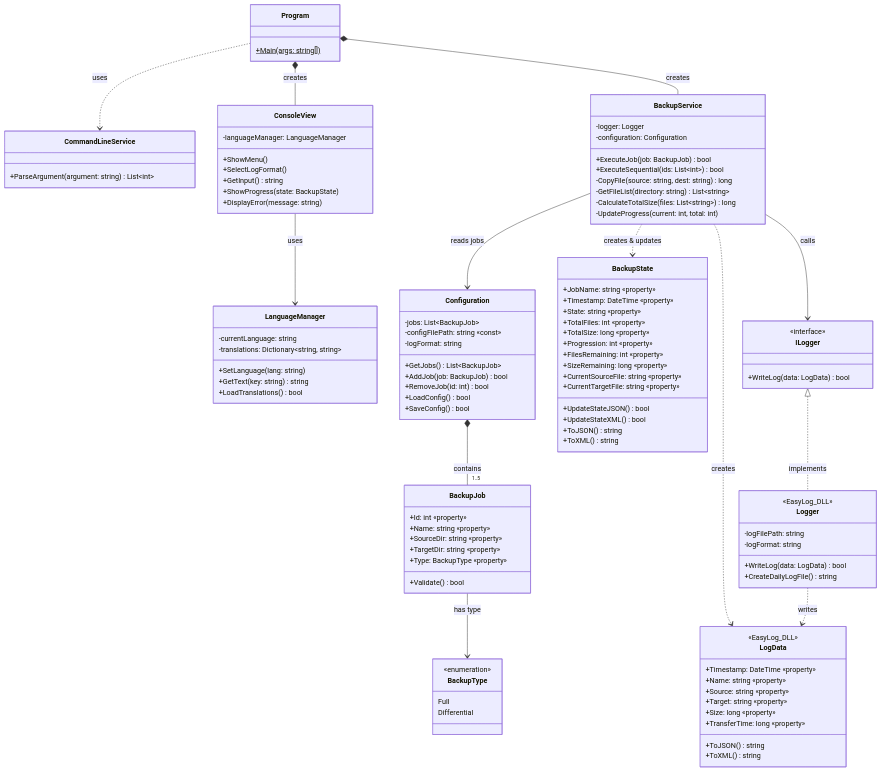
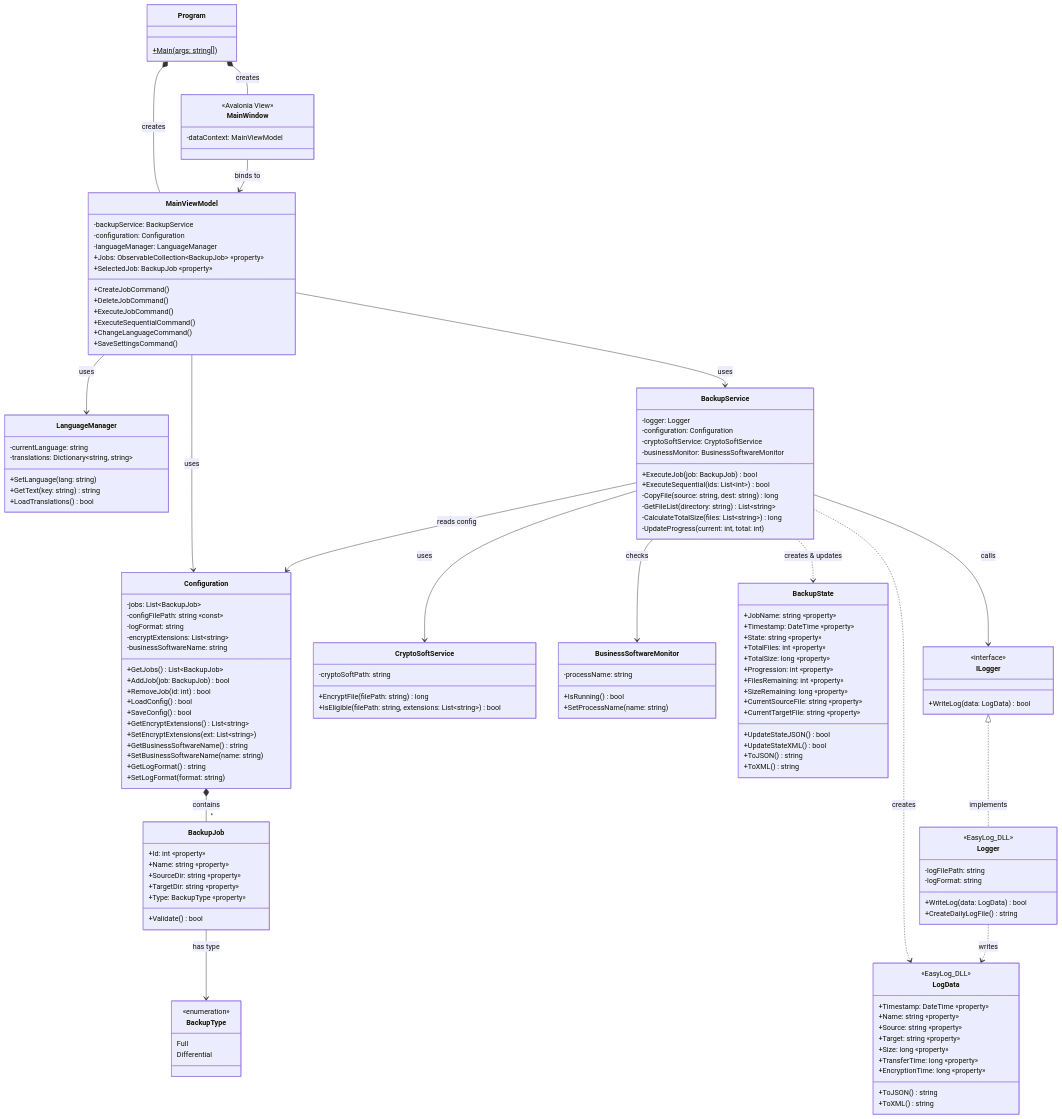
One commit to Groupe1-Prosoft/EasySave changed the second of 8 diagrams in Diagrams/UML.md. Above: the diagram before and after it, drawn with Mermaid. The commit also changed other lines of this file, not shown here.

First line of the commit message:
Revise UML diagrams for EasySave 2.0

````diff
--- a/Diagrams/UML.md
+++ b/Diagrams/UML.md
@@ -60,17 +77,23 @@
         +Main(args: string[])$
     }
 
-    class CommandLineService {
-        +ParseArgument(argument: string) List~int~
+    class MainWindow {
+        <<Avalonia View>>
+        -dataContext: MainViewModel
     }
 
-    class ConsoleView {
+    class MainViewModel {
+        -backupService: BackupService
+        -configuration: Configuration
         -languageManager: LanguageManager
-        +ShowMenu()
-        +SelectLogFormat() 
-        +GetInput() string
-        +ShowProgress(state: BackupState)
-        +DisplayError(message: string)
+        +Jobs: ObservableCollection~BackupJob~ «property»
+        +SelectedJob: BackupJob «property»
+        +CreateJobCommand()
+        +DeleteJobCommand()
+        +ExecuteJobCommand()
+        +ExecuteSequentialCommand()
+        +ChangeLanguageCommand()
+        +SaveSettingsCommand()
     }
 
     class LanguageManager {
@@ -85,22 +108,44 @@
         -jobs: List~BackupJob~
         -configFilePath: string «const»
         -logFormat: string
+        -encryptExtensions: List~string~
+        -businessSoftwareName: string
         +GetJobs() List~BackupJob~
         +AddJob(job: BackupJob) bool
         +RemoveJob(id: int) bool
         +LoadConfig() bool
         +SaveConfig() bool
+        +GetEncryptExtensions() List~string~
+        +SetEncryptExtensions(ext: List~string~)
+        +GetBusinessSoftwareName() string
+        +SetBusinessSoftwareName(name: string)
+        +GetLogFormat() string
+        +SetLogFormat(format: string)
     }
 
     class BackupService {
         -logger: Logger
         -configuration: Configuration
+        -cryptoSoftService: CryptoSoftService
+        -businessMonitor: BusinessSoftwareMonitor
         +ExecuteJob(job: BackupJob) bool
         +ExecuteSequential(ids: List~int~) bool
         -CopyFile(source: string, dest: string) long
         -GetFileList(directory: string) List~string~
         -CalculateTotalSize(files: List~string~) long
         -UpdateProgress(current: int, total: int)
+    }
+
+    class CryptoSoftService {
+        -cryptoSoftPath: string
+        +EncryptFile(filePath: string) long
+        +IsEligible(filePath: string, extensions: List~string~) bool
+    }
+
+    class BusinessSoftwareMonitor {
+        -processName: string
+        +IsRunning() bool
+        +SetProcessName(name: string)
     }
 
     class BackupState {
@@ -147,7 +192,6 @@
         -logFormat: string
         +WriteLog(data: LogData) bool
         +CreateDailyLogFile() string
-        
     }
 
     class LogData {
@@ -158,23 +202,29 @@
         +Target: string «property»
         +Size: long «property»
         +TransferTime: long «property»
+        +EncryptionTime: long «property»
         +ToJSON() string
-        +ToXML() string 
+        +ToXML() string
     }
 
-    Program *-- ConsoleView : creates
-    Program *-- BackupService : creates
-    Program ..> CommandLineService : uses
-    ConsoleView --> LanguageManager : uses
+    Program *-- MainWindow : creates
+    Program *-- MainViewModel : creates
+    MainWindow --> MainViewModel : binds to
 
-    BackupService --> Configuration : reads jobs
+    MainViewModel --> BackupService : uses
+    MainViewModel --> Configuration : uses
+    MainViewModel --> LanguageManager : uses
+
+    BackupService --> Configuration : reads config
     BackupService ..> BackupState : creates & updates
     BackupService ..> LogData : creates
     BackupService --> ILogger : calls
+    BackupService --> CryptoSoftService : uses
+    BackupService --> BusinessSoftwareMonitor : checks
 
-    Configuration *-- "1..5" BackupJob : contains
+    Configuration *-- "*" BackupJob : contains
     BackupJob --> BackupType : has type
 
     ILogger <|.. Logger : implements
-    Logger ..> LogData : writes 
+    Logger ..> LogData : writes
 ```
````
